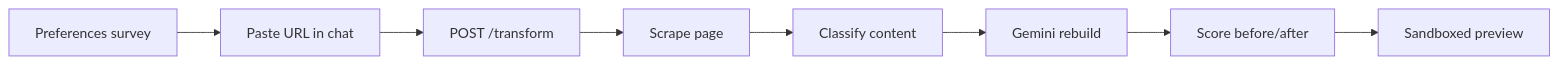
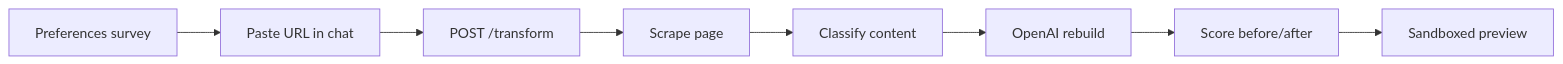
The diagram in README.md (yashthakur2008/ditto), drawn with Mermaid before and after one commit. The commit also changed other lines of this file and 26 other files, not shown here.

````diff
--- a/README.md
+++ b/README.md
@@ -50,10 +50,10 @@
 ```mermaid
 flowchart LR
   Preferences["Preferences survey"] --> Chat["Paste URL in chat"]
   Chat --> Transform["POST /transform"]
   Transform --> Scrape["Scrape page"]
   Scrape --> Classify["Classify content"]
-  Classify --> Gemini["Gemini rebuild"]
-  Gemini --> Score["Score before/after"]
+  Classify --> OpenAI["OpenAI rebuild"]
+  OpenAI --> Score["Score before/after"]
   Score --> Output["Sandboxed preview"]
 ```
````
